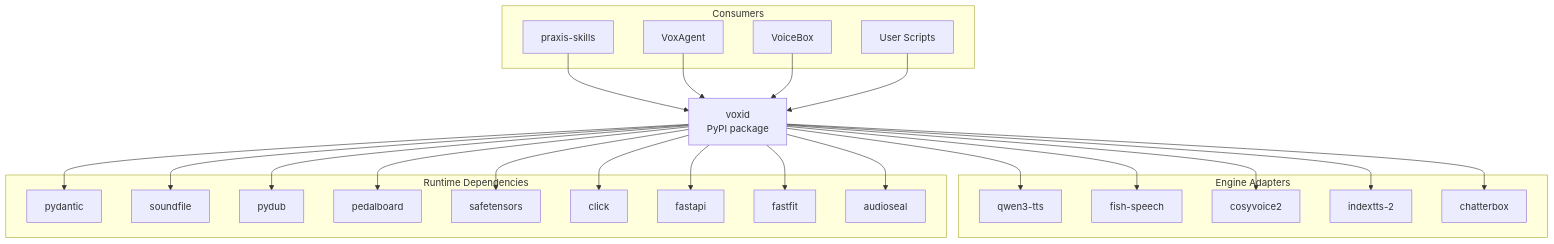
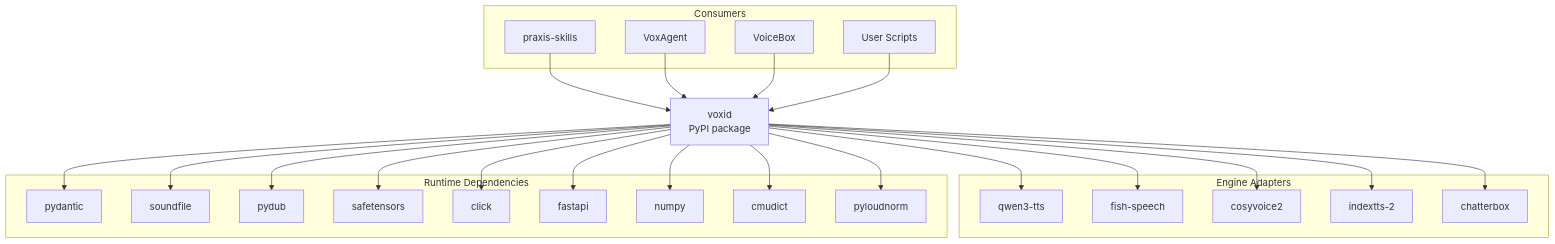
The fifth of 7 diagrams in docs/system-design.md (Mathews-Tom/VoxID), drawn with Mermaid before and after one commit. The commit also changed other lines of this file and 3 other files, not shown here.

````diff
--- a/docs/system-design.md
+++ b/docs/system-design.md
@@ -707,52 +715,52 @@
 ```mermaid
 graph TD
     subgraph Consumers
         PS[praxis-skills]
         VA[VoxAgent]
         VB[VoiceBox]
         US[User Scripts]
     end
 
     VOXID[voxid\nPyPI package]
 
     subgraph Engine Adapters
         QW[qwen3-tts]
         FS[fish-speech]
         CV[cosyvoice2]
         IT[indextts-2]
         CB[chatterbox]
     end
 
     subgraph Runtime Dependencies
         PD[pydantic]
         SF[soundfile]
         PB[pydub]
-        PBD[pedalboard]
         ST[safetensors]
         CL[click]
         FA[fastapi]
-        FF[fastfit]
-        AS[audioseal]
+        NP[numpy]
+        CM[cmudict]
+        PL[pyloudnorm]
     end
 
     PS --> VOXID
     VA --> VOXID
     VB --> VOXID
     US --> VOXID
 
     VOXID --> QW
     VOXID --> FS
     VOXID --> CV
     VOXID --> IT
     VOXID --> CB
 
     VOXID --> PD
     VOXID --> SF
     VOXID --> PB
-    VOXID --> PBD
     VOXID --> ST
     VOXID --> CL
     VOXID --> FA
-    VOXID --> FF
-    VOXID --> AS
+    VOXID --> NP
+    VOXID --> CM
+    VOXID --> PL
 ```
````
